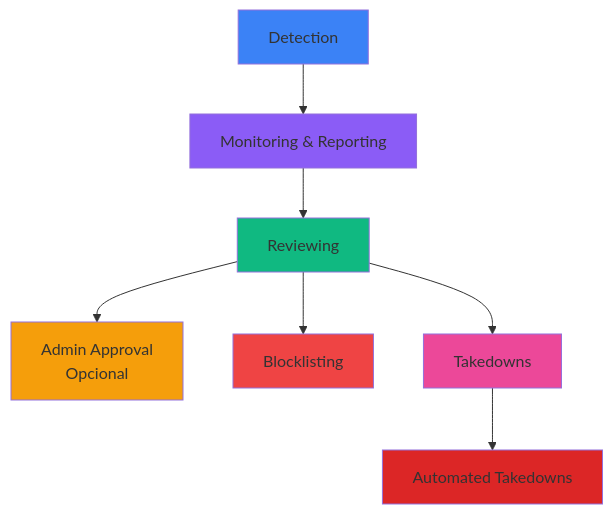
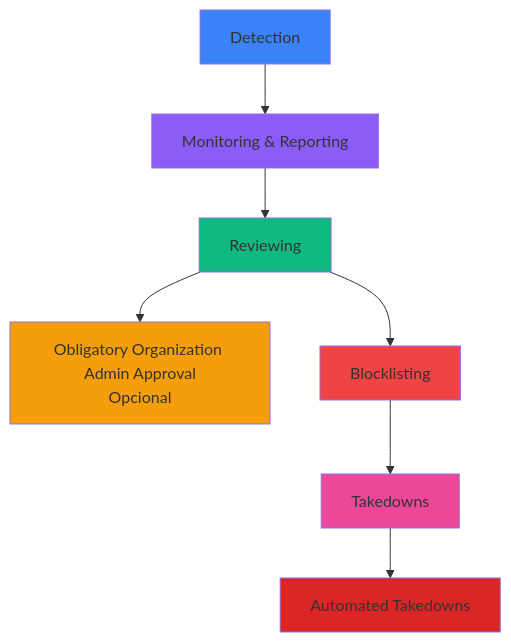
Before and after one commit to chainpatrol/docs: the diagram in es/protect-your-brand/services-setup.mdx, drawn with Mermaid. The commit also changed other lines of this file and 63 other files, not shown here.

````diff
--- a/es/protect-your-brand/services-setup.mdx
+++ b/es/protect-your-brand/services-setup.mdx
@@ -455,17 +455,17 @@
 ```mermaid
 flowchart TD
     Detection[Detection] --> Monitoring[Monitoring & Reporting]
     Monitoring --> Reviewing[Reviewing]
-    Reviewing --> AdminApproval[Admin Approval<br/>Opcional]
+    Reviewing --> AdminApproval[Obligatory Organization Admin Approval<br/>Opcional]
     Reviewing --> Blocklisting[Blocklisting]
-    Reviewing --> Takedowns[Takedowns]
+    Blocklisting --> Takedowns[Takedowns]
     Takedowns --> AutoTakedowns[Automated Takedowns]
     
     style Detection fill:#3b82f6
     style Monitoring fill:#8b5cf6
     style Reviewing fill:#10b981
     style AdminApproval fill:#f59e0b
     style Blocklisting fill:#ef4444
     style Takedowns fill:#ec4899
     style AutoTakedowns fill:#dc2626
 ```
````
